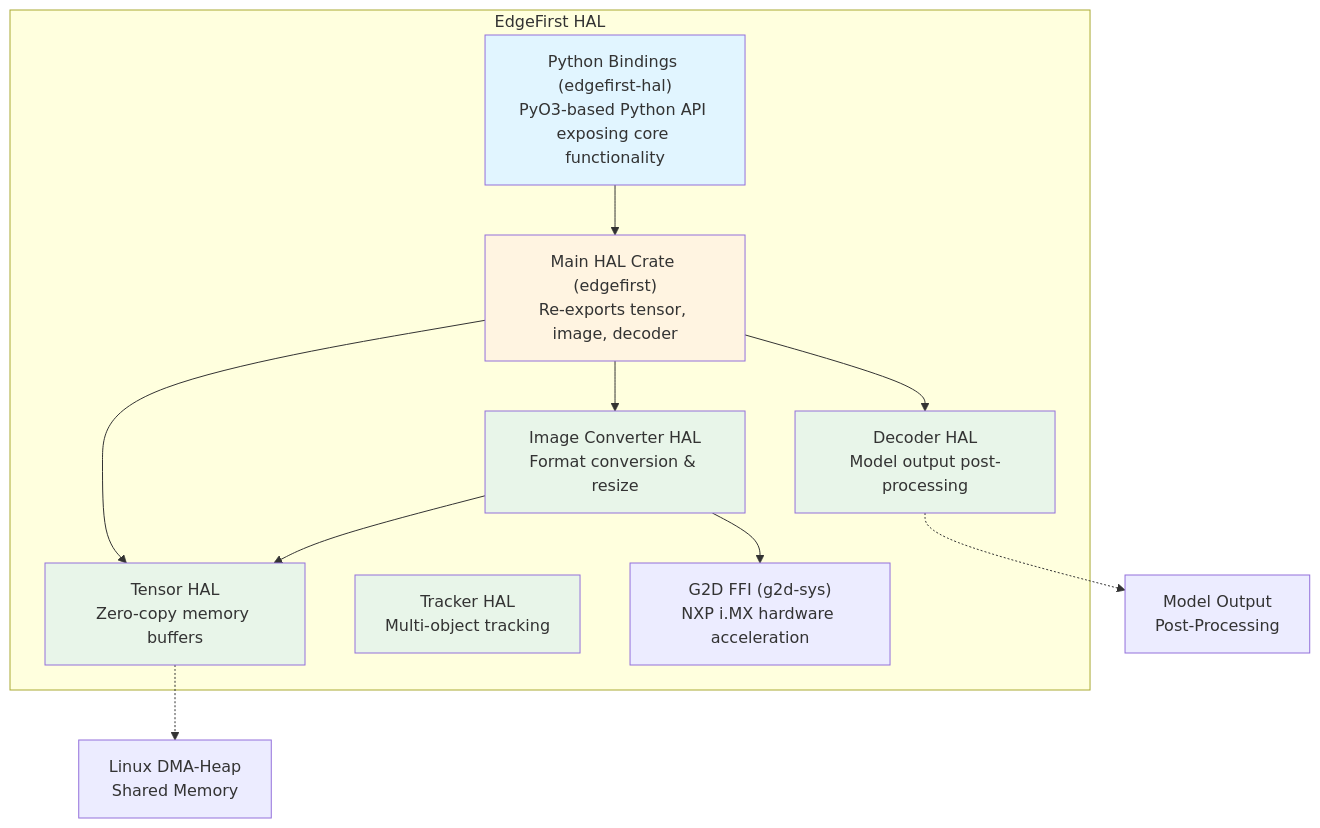
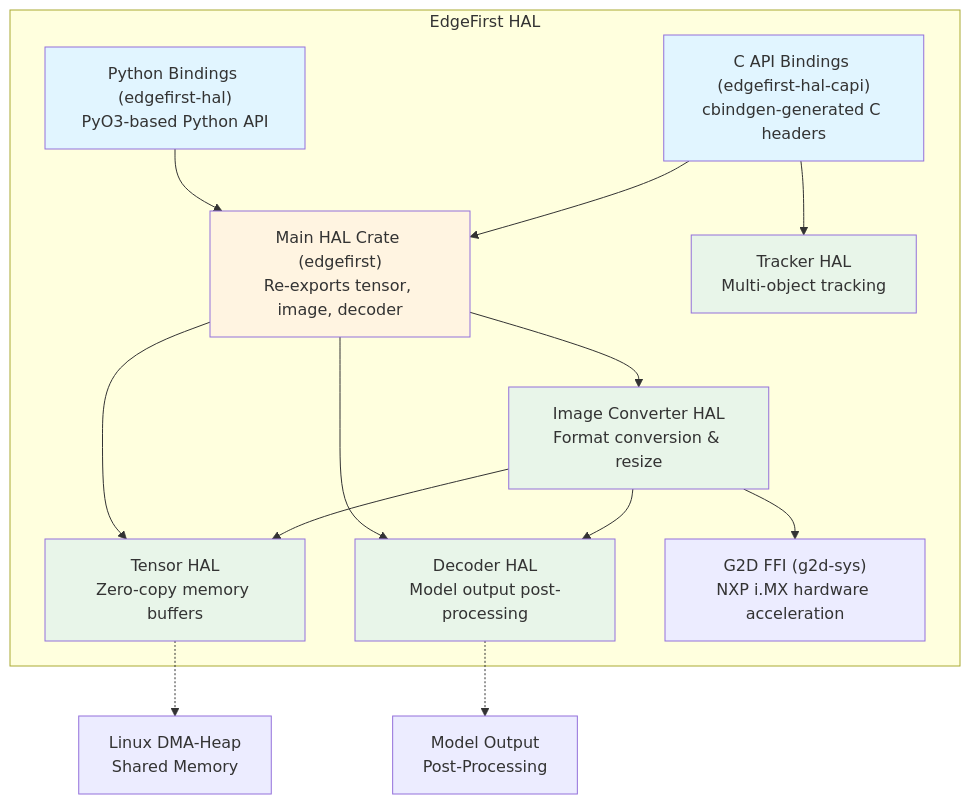
Before and after one commit to EdgeFirstAI/hal: the first of 12 diagrams in ARCHITECTURE.md, drawn with Mermaid. The commit also changed other lines of this file and 1 other file, not shown here.

First line of the commit message:
EDGEAI-542: update ARCHITECTURE.md to v2.6 and add BENCHMARKS.md

````diff
--- a/ARCHITECTURE.md
+++ b/ARCHITECTURE.md
@@ -16,31 +16,36 @@
 ```mermaid
 graph TB
     subgraph "EdgeFirst HAL"
-        Python["Python Bindings (edgefirst-hal)<br/>PyO3-based Python API exposing core functionality"]
+        Python["Python Bindings (edgefirst-hal)<br/>PyO3-based Python API"]
+        CAPI["C API Bindings (edgefirst-hal-capi)<br/>cbindgen-generated C headers"]
         Main["Main HAL Crate (edgefirst)<br/>Re-exports tensor, image, decoder"]
-        
+
         Python --> Main
-        
+        CAPI --> Main
+
         Tensor["Tensor HAL<br/>Zero-copy memory buffers"]
         Image["Image Converter HAL<br/>Format conversion & resize"]
         Decoder["Decoder HAL<br/>Model output post-processing"]
         Tracker["Tracker HAL<br/>Multi-object tracking"]
-        
+
         Main --> Tensor
         Main --> Image
         Main --> Decoder
-        
+
         Image --> Tensor
+        Image --> Decoder
         Image --> G2D["G2D FFI (g2d-sys)<br/>NXP i.MX hardware acceleration"]
+        CAPI --> Tracker
     end
-    
+
     Tensor -.-> DMA["Linux DMA-Heap<br/>Shared Memory"]
     Decoder -.-> PostProc["Model Output<br/>Post-Processing"]
-    
+
     style Python fill:#e1f5ff
+    style CAPI fill:#e1f5ff
     style Main fill:#fff4e1
     style Tensor fill:#e8f5e9
     style Image fill:#e8f5e9
     style Decoder fill:#e8f5e9
     style Tracker fill:#e8f5e9
 ```
````
